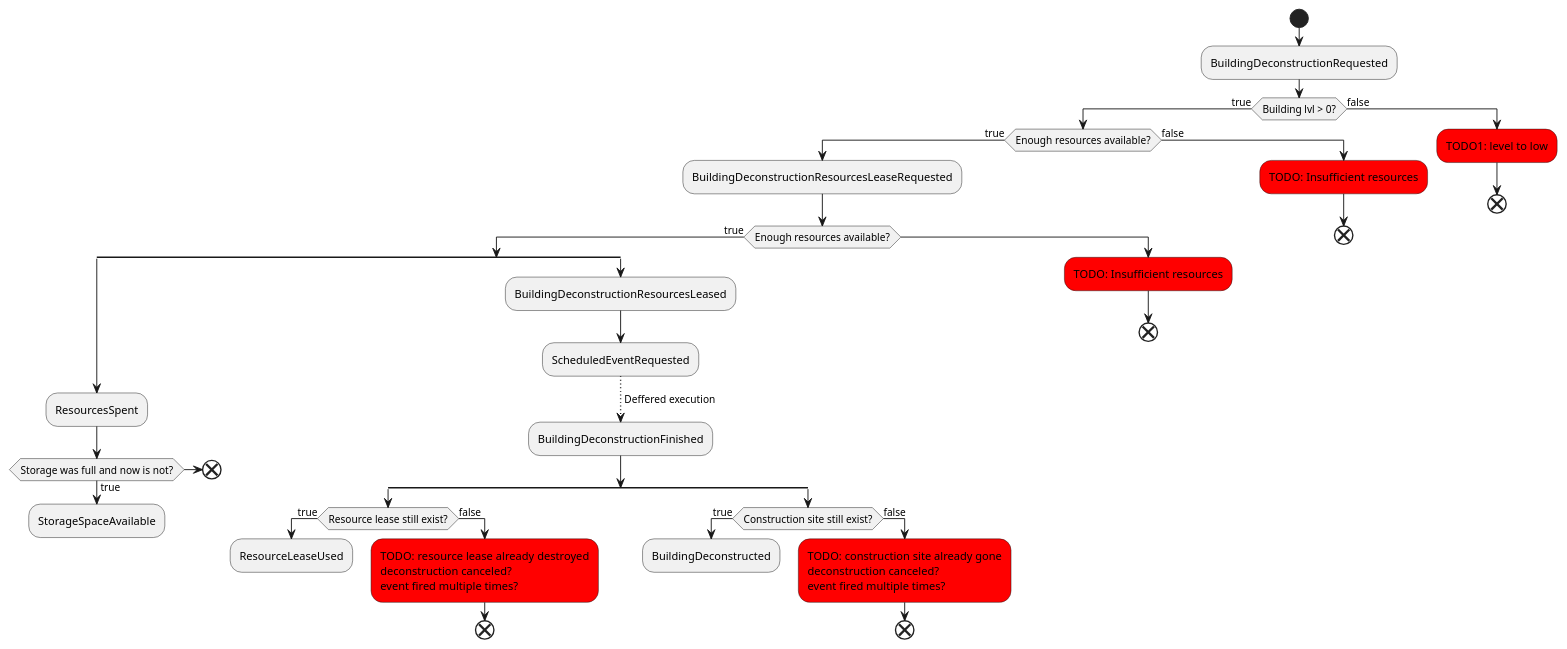
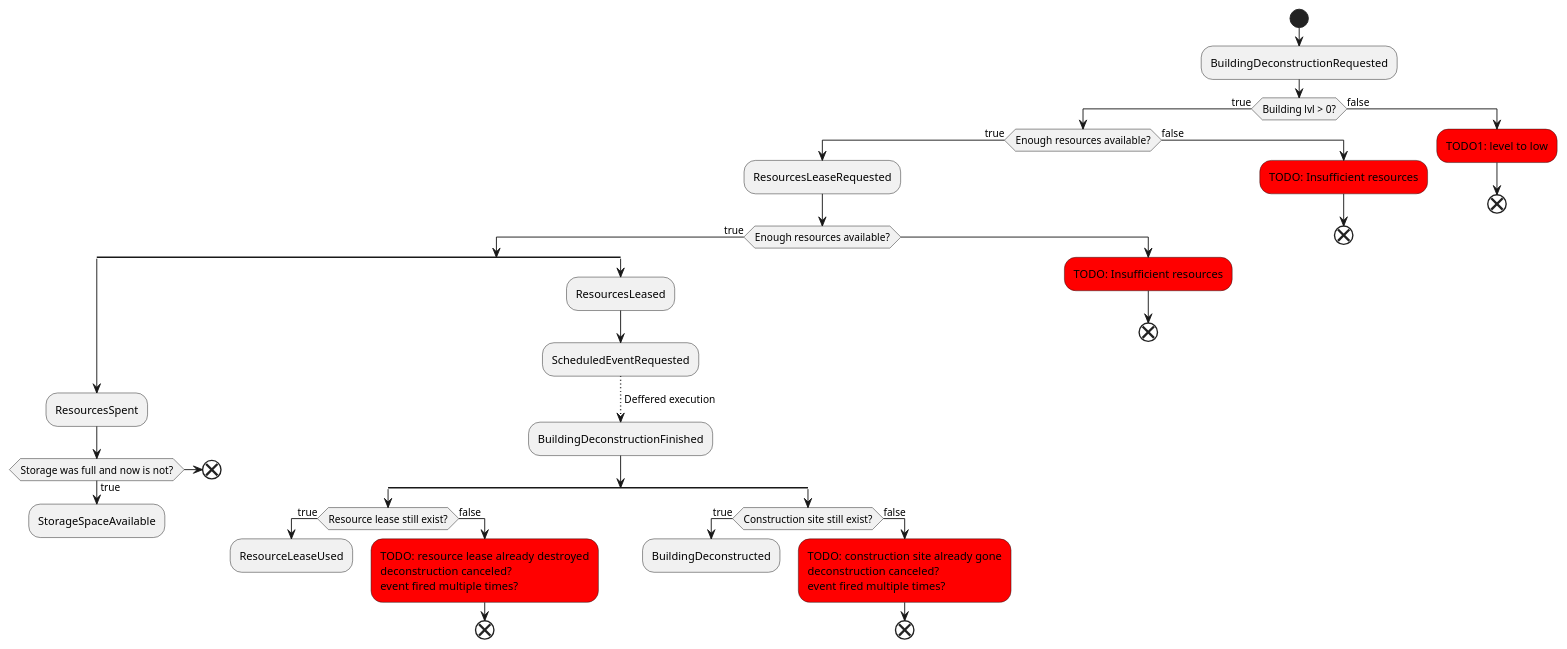
Before and after one commit to tomekbielaszewski/ogame-clone: the diagram in docs/building-deconstruction-flow.puml, drawn with PlantUML. The commit also changed 1 other file, not shown here.

Commit message:
event names updated on building (de)construction graphs

```diff
--- a/docs/building-deconstruction-flow.puml
+++ b/docs/building-deconstruction-flow.puml
@@ -1,58 +1,58 @@
 @startuml
 
 start
 
 :BuildingDeconstructionRequested;
 if (Building lvl > 0?) then (true)
     if (Enough resources available?) then (true)
-        :BuildingDeconstructionResourcesLeaseRequested;
+        :ResourcesLeaseRequested;
         if (Enough resources available?) then (true)
         split
             :ResourcesSpent;
             if(Storage was full and now is not?) then (true)
                 :StorageSpaceAvailable;
                 detach
             else
                 end
             endif
         split again
-            :BuildingDeconstructionResourcesLeased;
+            :ResourcesLeased;
             :ScheduledEventRequested;
             -[dotted]-> Deffered execution;
             :BuildingDeconstructionFinished;
             split
                 if (Resource lease still exist?) then (true)
                     :ResourceLeaseUsed;
                     detach
                 else (false)
                     #red:TODO: resource lease already destroyed
                     deconstruction canceled?
                     event fired multiple times?;
                     end
                 endif
             split again
                 if (Construction site still exist?) then (true)
                     :BuildingDeconstructed;
                     detach
                 else (false)
                     #red:TODO: construction site already gone
                     deconstruction canceled?
                     event fired multiple times?;
                     end
                 endif
             end split
         end split
         else
             #red:TODO: Insufficient resources;
             end
         endif
     else (false)
         #red:TODO: Insufficient resources;
         end
     endif
 else (false)
     #red:TODO1: level to low;
     end
 endif
 
 @enduml
```
